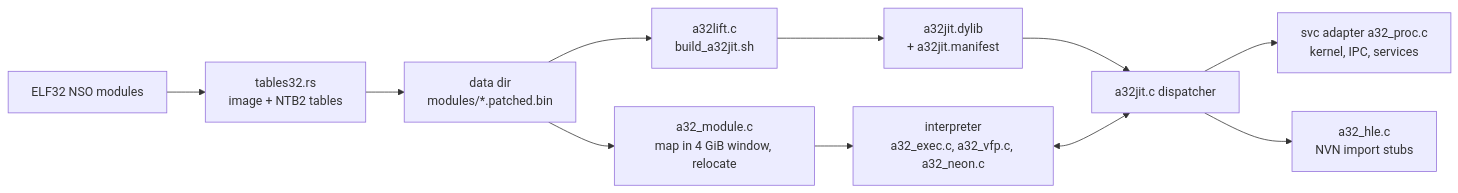
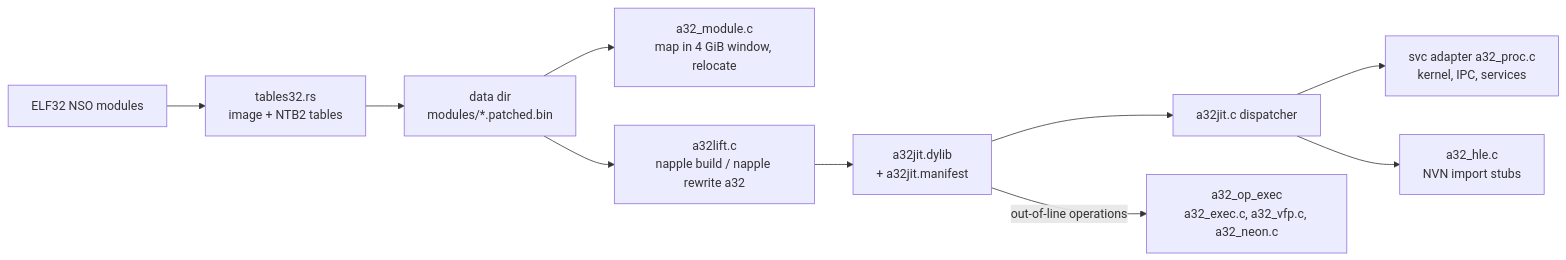
One commit to erostalevi/Napple changed the diagram in docs/architecture/aarch32.md. Above: the diagram before and after it, drawn with Mermaid. The commit also changed other lines of this file and 151 other files, not shown here.

````diff
--- a/docs/architecture/aarch32.md
+++ b/docs/architecture/aarch32.md
@@ -8,13 +8,12 @@
 ```mermaid
 flowchart LR
   NSO[ELF32 NSO modules] --> T32[tables32.rs<br/>image + NTB2 tables]
   T32 --> DATA[data dir<br/>modules/*.patched.bin]
   DATA --> MOD[a32_module.c<br/>map in 4 GiB window, relocate]
-  MOD --> INT[interpreter<br/>a32_exec.c, a32_vfp.c, a32_neon.c]
-  DATA --> LIFT[a32lift.c<br/>build_a32jit.sh]
+  DATA --> LIFT[a32lift.c<br/>napple build / napple rewrite a32]
   LIFT --> DYLIB[a32jit.dylib<br/>+ a32jit.manifest]
   DYLIB --> RUN[a32jit.c dispatcher]
-  INT <--> RUN
+  DYLIB -- out-of-line operations --> OPS[a32_op_exec<br/>a32_exec.c, a32_vfp.c, a32_neon.c]
   RUN --> KERNEL[svc adapter a32_proc.c<br/>kernel, IPC, services]
   RUN --> HLE[a32_hle.c<br/>NVN import stubs]
 ```
````
